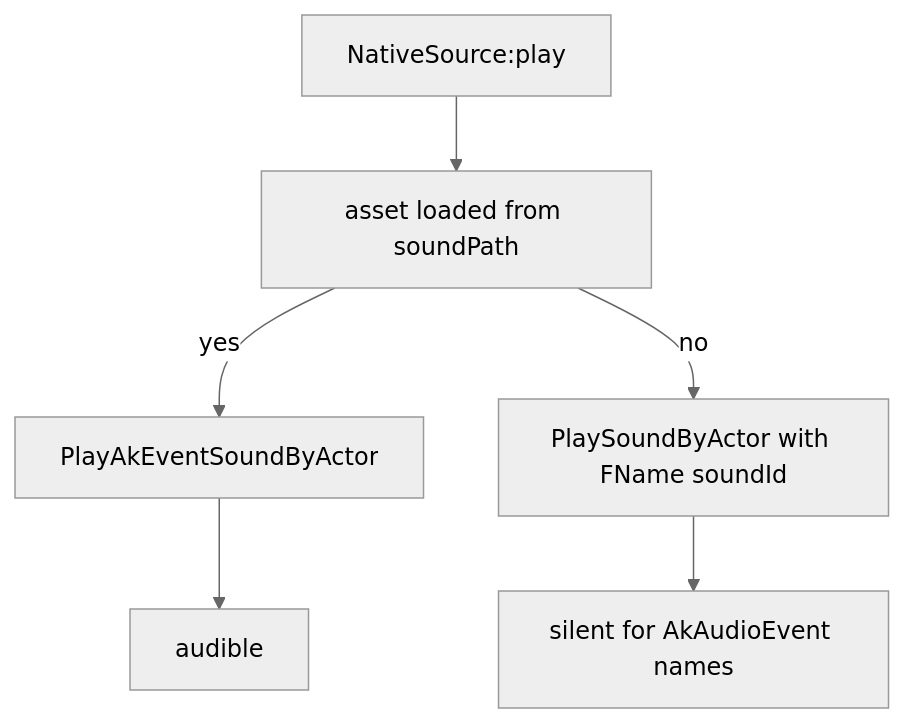
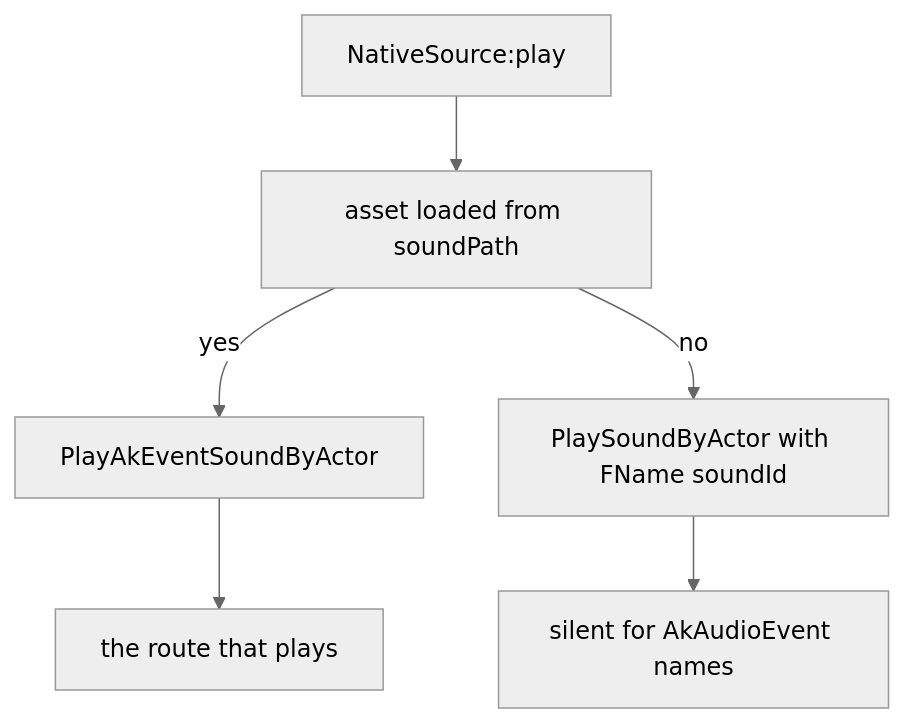
One commit to dr-mikan/PalForge changed the third of 3 diagrams in docs/content/docs/api/audio.ja.mdx. Above: the diagram before and after it, drawn with Mermaid (neutral theme). The commit also changed other lines of this file and 84 other files, not shown here.

````diff
--- a/docs/content/docs/api/audio.ja.mdx
+++ b/docs/content/docs/api/audio.ja.mdx
@@ -176,8 +198,8 @@
 ```mermaid
 flowchart TD
   A["NativeSource:play"] --> B["asset loaded from soundPath"]
   B -->|yes| C["PlayAkEventSoundByActor"]
   B -->|no| D["PlaySoundByActor with FName soundId"]
-  C --> E["audible"]
+  C --> E["the route that plays"]
   D --> F["silent for AkAudioEvent names"]
 ```
````
